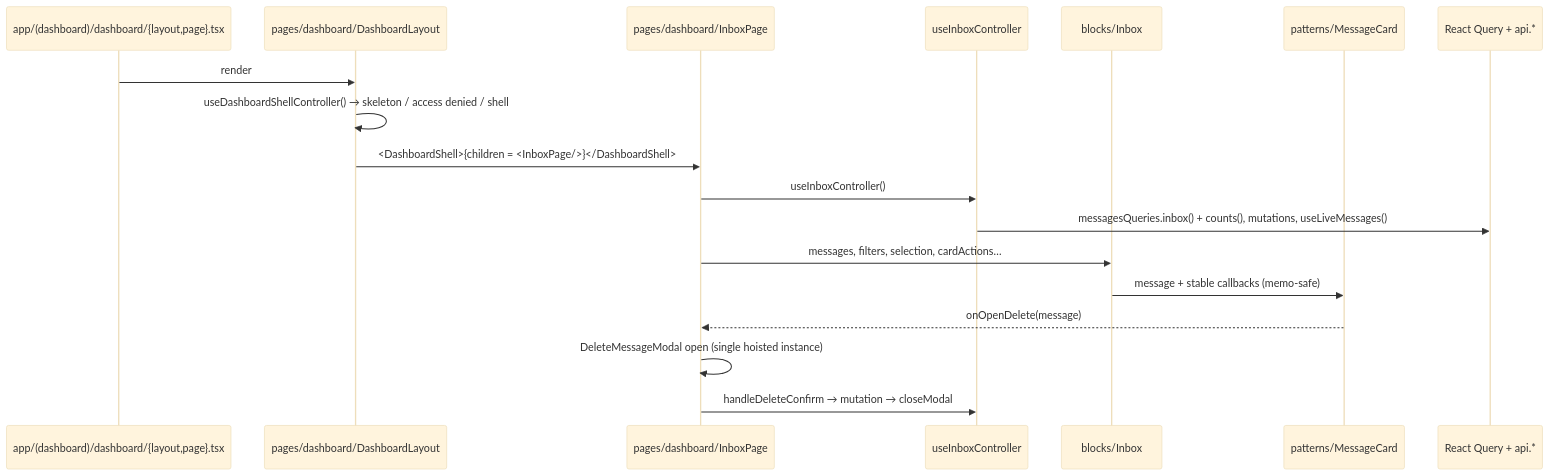
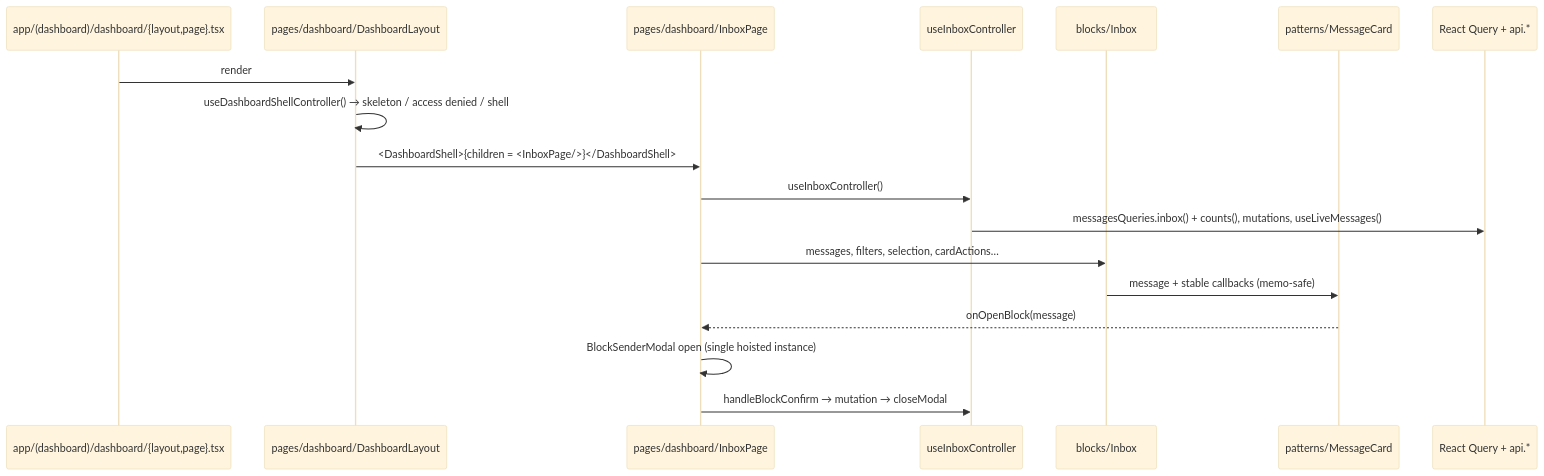
The third of 3 diagrams in docs/agents/component-architecture.md (Abbas4tech/GhostMsg), drawn with Mermaid (base theme) before and after one commit. The commit also changed other lines of this file and 284 other files, not shown here.

````diff
--- a/docs/agents/component-architecture.md
+++ b/docs/agents/component-architecture.md
@@ -239,21 +239,21 @@
 ```mermaid
 sequenceDiagram
     participant Route as app/(dashboard)/dashboard/{layout,page}.tsx
     participant Page as pages/dashboard/DashboardLayout
     participant Tab as pages/dashboard/InboxPage
     participant Ctl as useInboxController
     participant Block as blocks/Inbox
     participant Card as patterns/MessageCard
     participant API as React Query + api.*
 
     Route->>Page: render
     Page->>Page: useDashboardShellController() → skeleton / access denied / shell
     Page->>Tab: <DashboardShell>{children = <InboxPage/>}</DashboardShell>
     Tab->>Ctl: useInboxController()
     Ctl->>API: messagesQueries.inbox() + counts(), mutations, useLiveMessages()
     Tab->>Block: messages, filters, selection, cardActions…
     Block->>Card: message + stable callbacks (memo-safe)
-    Card-->>Tab: onOpenDelete(message)
-    Tab->>Tab: DeleteMessageModal open (single hoisted instance)
-    Tab->>Ctl: handleDeleteConfirm → mutation → closeModal
+    Card-->>Tab: onOpenBlock(message)
+    Tab->>Tab: BlockSenderModal open (single hoisted instance)
+    Tab->>Ctl: handleBlockConfirm → mutation → closeModal
 ```
````
